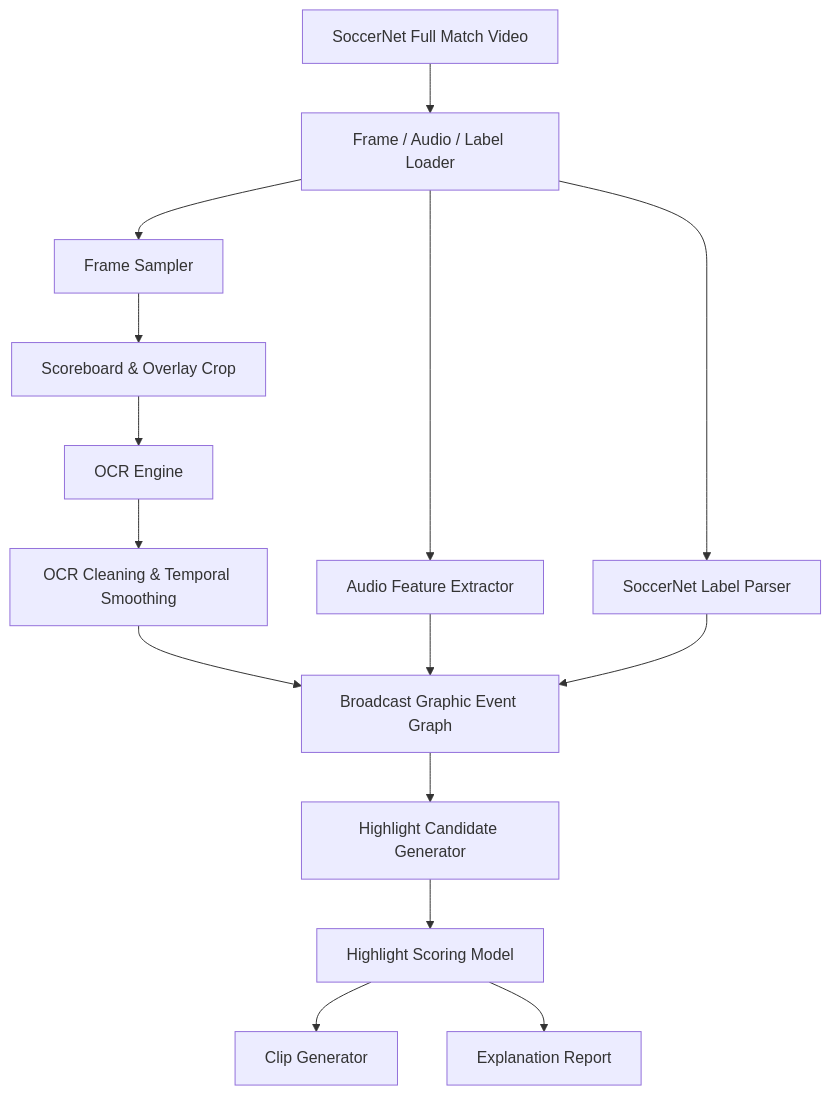
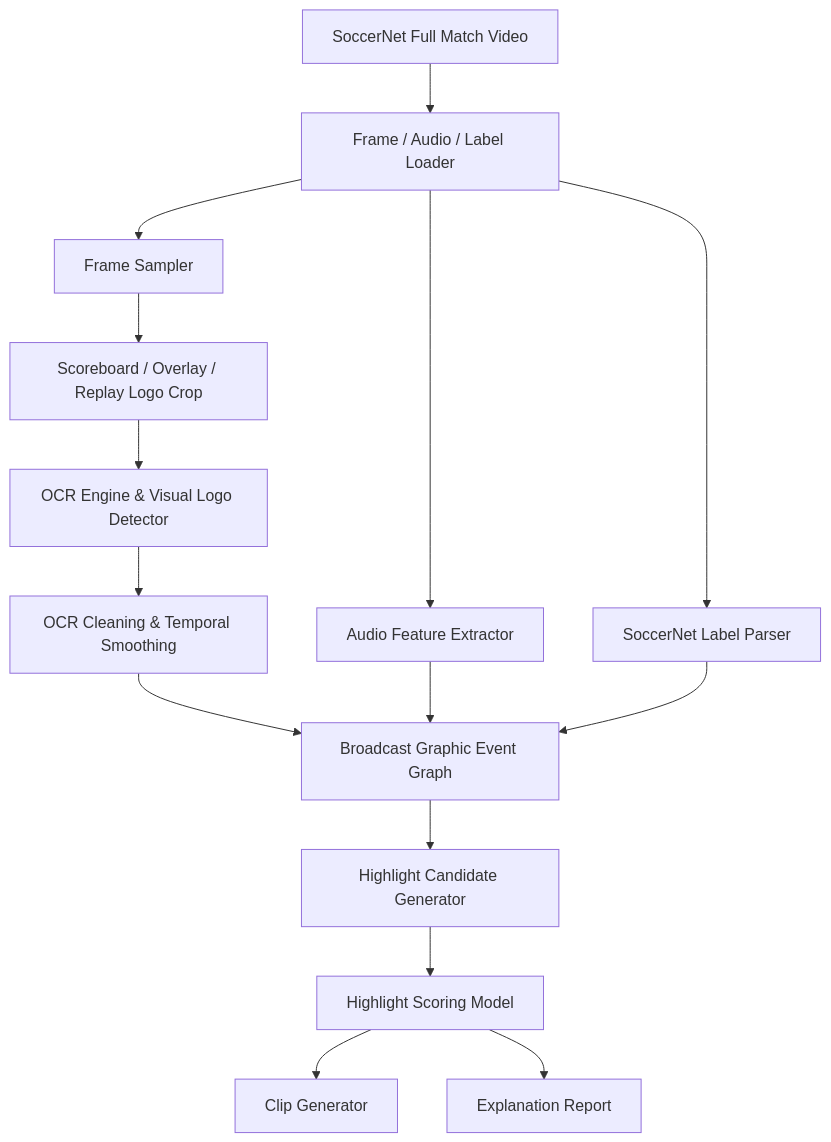
One commit to chjnett/my-sports-ai changed the first of 2 diagrams in docs/RESEARCH_ARCHITECTURE.md. Above: the diagram before and after it, drawn with Mermaid. The commit also changed other lines of this file and 34 other files, not shown here.

````diff
--- a/docs/RESEARCH_ARCHITECTURE.md
+++ b/docs/RESEARCH_ARCHITECTURE.md
@@ -46,20 +46,20 @@
 ```mermaid
 flowchart TD
     A["SoccerNet Full Match Video"] --> B["Frame / Audio / Label Loader"]
     B --> C["Frame Sampler"]
     B --> D["Audio Feature Extractor"]
     B --> E["SoccerNet Label Parser"]
 
-    C --> F["Scoreboard & Overlay Crop"]
-    F --> G["OCR Engine"]
+    C --> F["Scoreboard / Overlay / Replay Logo Crop"]
+    F --> G["OCR Engine & Visual Logo Detector"]
     G --> H["OCR Cleaning & Temporal Smoothing"]
 
     H --> I["Broadcast Graphic Event Graph"]
     D --> I
     E --> I
 
     I --> J["Highlight Candidate Generator"]
     J --> K["Highlight Scoring Model"]
     K --> L["Clip Generator"]
     K --> M["Explanation Report"]
 ```
````
